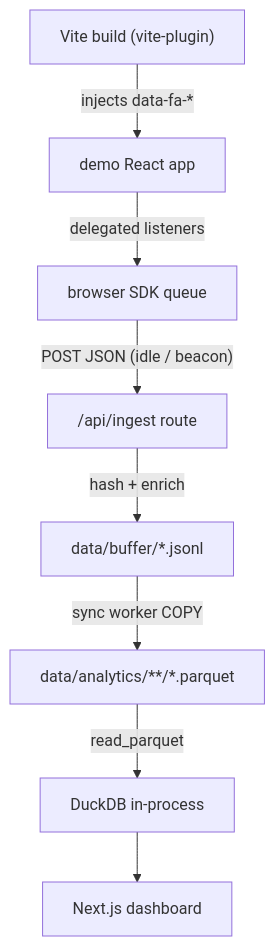
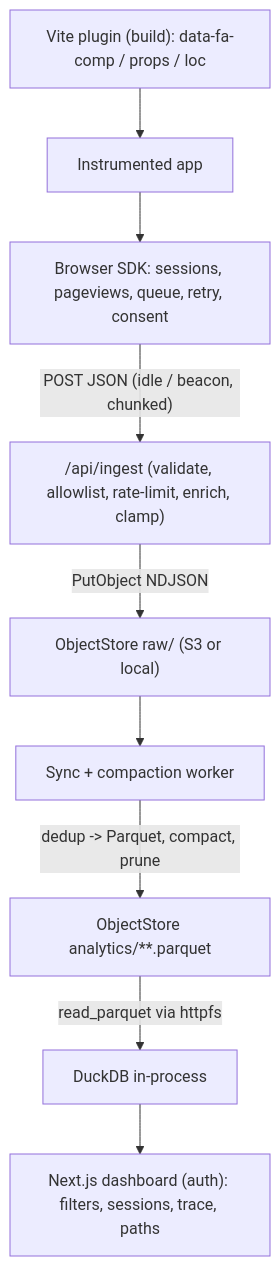
Before and after one commit to galanteria01/fiber-analytics: the diagram in README.md, drawn with Mermaid. The commit also changed other lines of this file and 131 other files, not shown here.

Commit message:
feat: add Docker support and environment configuration for FiberAnalytics dashboard

````diff
--- a/README.md
+++ b/README.md
@@ -11,10 +11,11 @@
 ```mermaid
 flowchart TD
-  Build["Vite build (vite-plugin)"] -->|"injects data-fa-*"| Demo["demo React app"]
-  Demo -->|"delegated listeners"| SDK["browser SDK queue"]
-  SDK -->|"POST JSON (idle / beacon)"| Ingest["/api/ingest route"]
-  Ingest -->|"hash + enrich"| Buffer["data/buffer/*.jsonl"]
-  Buffer -->|"sync worker COPY"| Parquet["data/analytics/**/*.parquet"]
-  Parquet -->|"read_parquet"| DuckDB["DuckDB in-process"]
-  DuckDB --> Dash["Next.js dashboard"]
+  Build["Vite plugin (build): data-fa-comp / props / loc"] --> App["Instrumented app"]
+  App --> SDK["Browser SDK: sessions, pageviews, queue, retry, consent"]
+  SDK -->|"POST JSON (idle / beacon, chunked)"| Ingest["/api/ingest (validate, allowlist, rate-limit, enrich, clamp)"]
+  Ingest -->|"PutObject NDJSON"| Raw["ObjectStore raw/ (S3 or local)"]
+  Raw --> Worker["Sync + compaction worker"]
+  Worker -->|"dedup -> Parquet, compact, prune"| Analytics["ObjectStore analytics/**.parquet"]
+  Analytics -->|"read_parquet via httpfs"| DuckDB["DuckDB in-process"]
+  DuckDB --> Dash["Next.js dashboard (auth): filters, sessions, trace, paths"]
 ```
````
